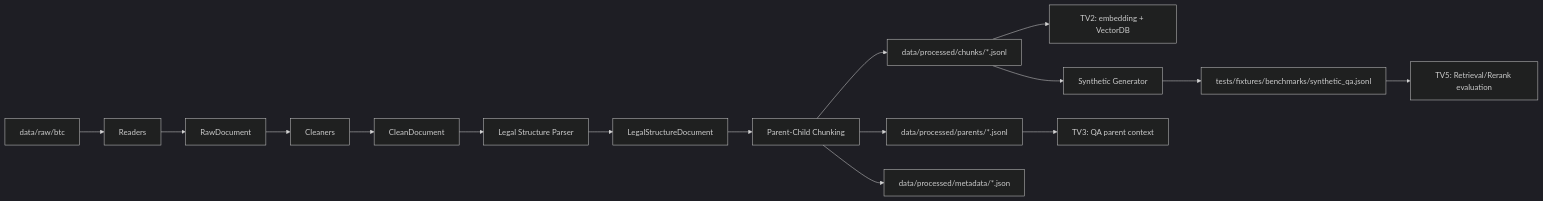
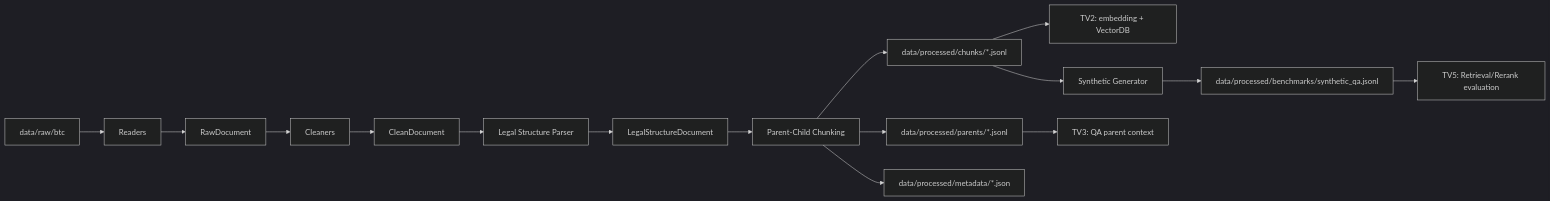
One commit to solvarhuynh/UIT-Data-Science-Challenge-2026 changed the diagram in docs/members/tv4/tv4_setup.md. Above: the diagram before and after it, drawn with Mermaid (dark theme). The commit also changed other lines of this file and 6 other files, not shown here.

````diff
--- a/docs/members/tv4/tv4_setup.md
+++ b/docs/members/tv4/tv4_setup.md
@@ -10,18 +10,18 @@
 ```mermaid
 flowchart LR
     A[data/raw/btc] --> B[Readers]
     B --> C[RawDocument]
     C --> D[Cleaners]
     D --> E[CleanDocument]
     E --> F[Legal Structure Parser]
     F --> G[LegalStructureDocument]
     G --> H[Parent-Child Chunking]
     H --> I[data/processed/chunks/*.jsonl]
     H --> J[data/processed/parents/*.jsonl]
     H --> K[data/processed/metadata/*.json]
     I --> L[TV2: embedding + VectorDB]
     J --> M[TV3: QA parent context]
     I --> N[Synthetic Generator]
-    N --> O[tests/fixtures/benchmarks/synthetic_qa.jsonl]
+    N --> O[data/processed/benchmarks/synthetic_qa.jsonl]
     O --> P[TV5: Retrieval/Rerank evaluation]
 ```
````
